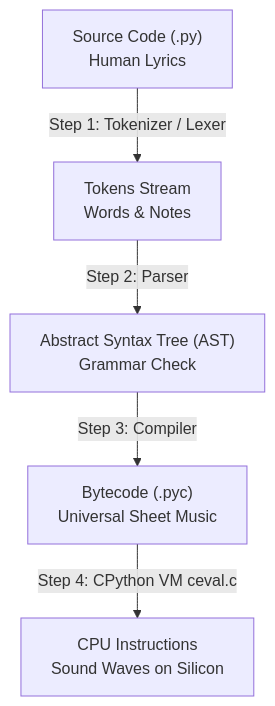
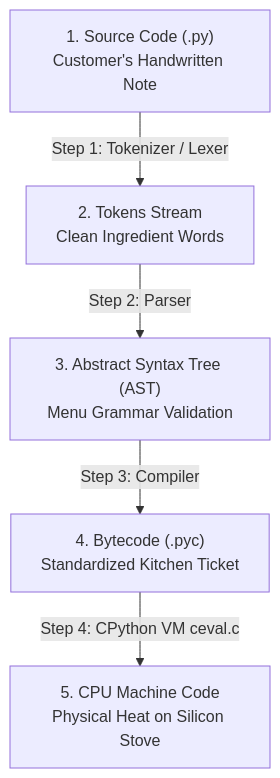
Before and after one commit to reddykarthikeya1/AI-Systems-Mastery: the first of 4 diagrams in 01-Python-Mastery/01-Foundations-Syntax-Primitives.md, drawn with Mermaid. The commit also changed other lines of this file and 119 other files, not shown here.

````diff
--- a/01-Python-Mastery/01-Foundations-Syntax-Primitives.md
+++ b/01-Python-Mastery/01-Foundations-Syntax-Primitives.md
@@ -41,7 +54,7 @@
 ```mermaid
 flowchart TD
-    A["Source Code (.py)<br/>Human Lyrics"] -->|Step 1: Tokenizer / Lexer| B["Tokens Stream<br/>Words & Notes"]
-    B -->|Step 2: Parser| D["Abstract Syntax Tree (AST)<br/>Grammar Check"]
-    D -->|Step 3: Compiler| E["Bytecode (.pyc)<br/>Universal Sheet Music"]
-    E -->|Step 4: CPython VM ceval.c| F["CPU Instructions<br/>Sound Waves on Silicon"]
+    A["1. Source Code (.py)<br/>Customer's Handwritten Note"] -->|Step 1: Tokenizer / Lexer| B["2. Tokens Stream<br/>Clean Ingredient Words"]
+    B -->|Step 2: Parser| D["3. Abstract Syntax Tree (AST)<br/>Menu Grammar Validation"]
+    D -->|Step 3: Compiler| E["4. Bytecode (.pyc)<br/>Standardized Kitchen Ticket"]
+    E -->|Step 4: CPython VM ceval.c| F["5. CPU Machine Code<br/>Physical Heat on Silicon Stove"]
 ```
````
